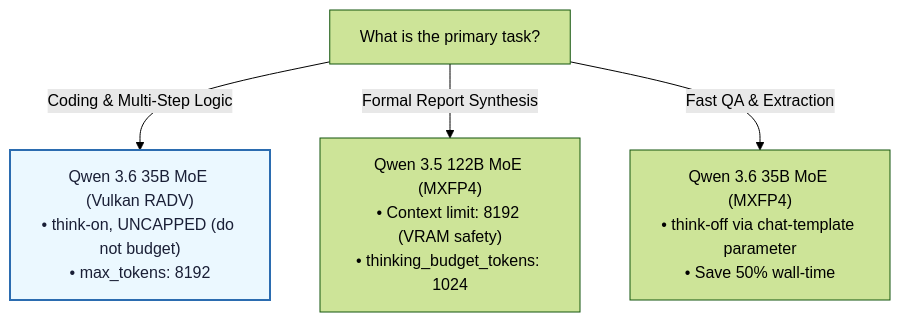
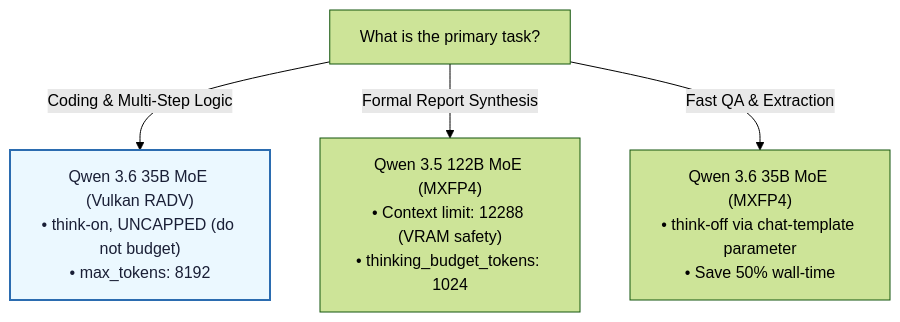
One commit to boxwrench/tesla_agent changed the diagram in reference/decision-tree.md. Above: the diagram before and after it, drawn with Mermaid (forest theme). The commit also changed 1 other file, not shown here.

Commit message:
docs: real SHA256 checksums + 122B context consistency (ship polish)
- Replaced placeholder checksums with real sha256 of the local single-file GGUFs
  (35B-3.6, Coder-Next, 35B-3.5); added an honest note on what the hashes mean
  and that unsloth re-quantizes. 122B marked unpinned (no longer on local disk).
- Fixed 122B context inconsistency: decision-tree + post-mortem said 8,192;
  aligned to the verified 12,288 (8k-12k safe range) matching the matrix tables.

````diff
--- a/reference/decision-tree.md
+++ b/reference/decision-tree.md
@@ -5,11 +5,11 @@
 ```mermaid
 graph TD
     Start["What is the primary task?"]
     
     Start -->|Coding & Multi-Step Logic| Code["Qwen 3.6 35B MoE (Vulkan RADV)<br/>• think-on, UNCAPPED (do not budget)<br/>• max_tokens: 8192"]
     style Code fill:#ebf8ff,stroke:#2b6cb0,stroke-width:2px,color:#1a1f36
     
-    Start -->|Formal Report Synthesis| Synth["Qwen 3.5 122B MoE (MXFP4)<br/>• Context limit: 8192 (VRAM safety)<br/>• thinking_budget_tokens: 1024"]
+    Start -->|Formal Report Synthesis| Synth["Qwen 3.5 122B MoE (MXFP4)<br/>• Context limit: 12288 (VRAM safety)<br/>• thinking_budget_tokens: 1024"]
     
     Start -->|Fast QA & Extraction| Ext["Qwen 3.6 35B MoE (MXFP4)<br/>• think-off via chat-template parameter<br/>• Save 50% wall-time"]
 ```
````
